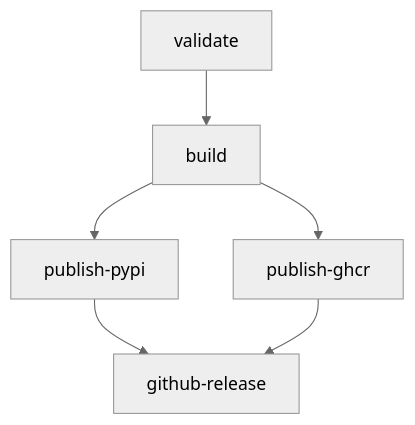
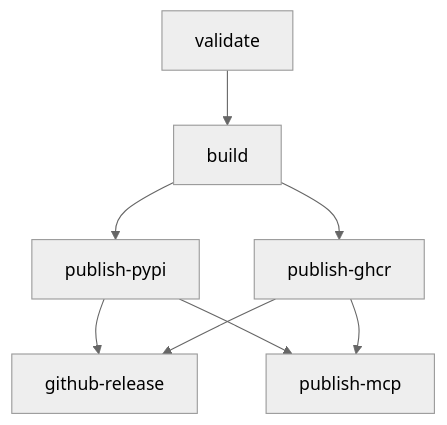
One commit to xinvxueyuan/NovelAI-Image-MCP changed the diagram in apps/docs/source/development/releasing.md. Above: the diagram before and after it, drawn with Mermaid (neutral theme). The commit also changed other lines of this file and 4 other files, not shown here.

Commit message:
🔧 ci(release): auto-publish MCP registry and sync server.json versions

````diff
--- a/apps/docs/source/development/releasing.md
+++ b/apps/docs/source/development/releasing.md
@@ -103,8 +106,10 @@
 ```{mermaid}
 graph TD
     A[validate] --> B[build]
     B --> C[publish-pypi]
     B --> D[publish-ghcr]
     C --> E[github-release]
     D --> E
+    C --> F[publish-mcp]
+    D --> F
 ```
````
